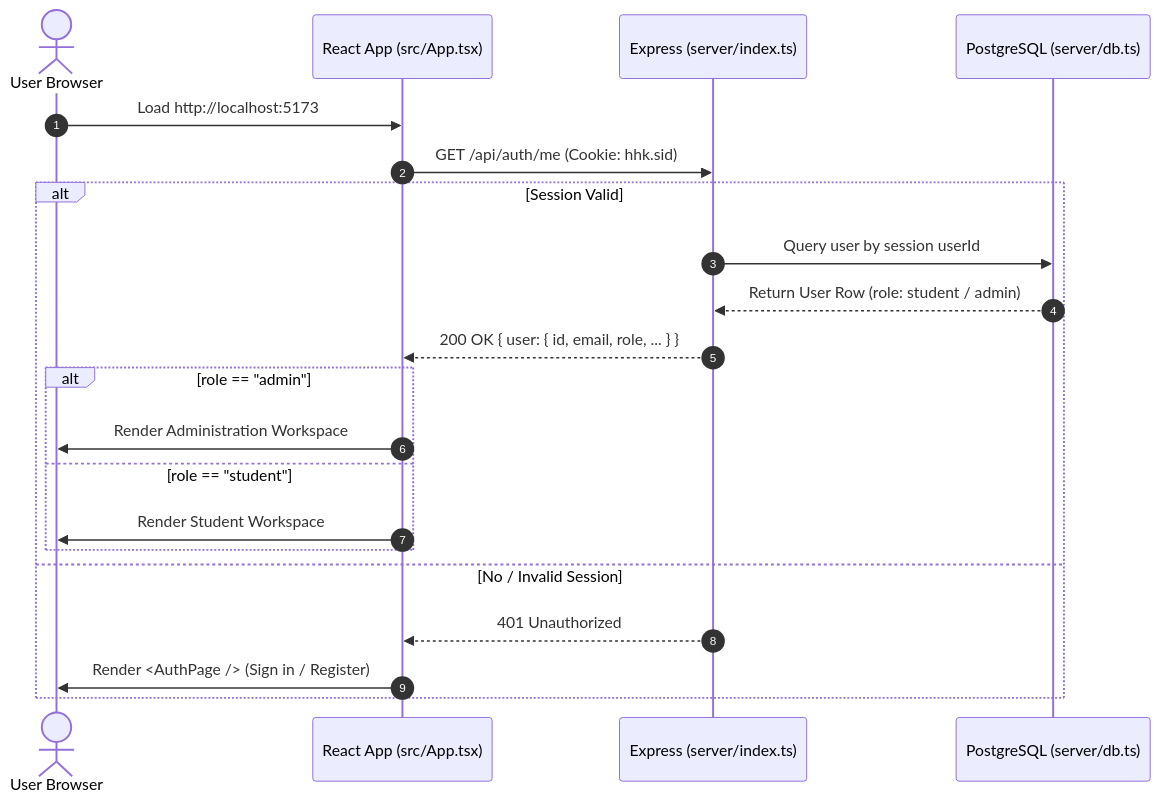
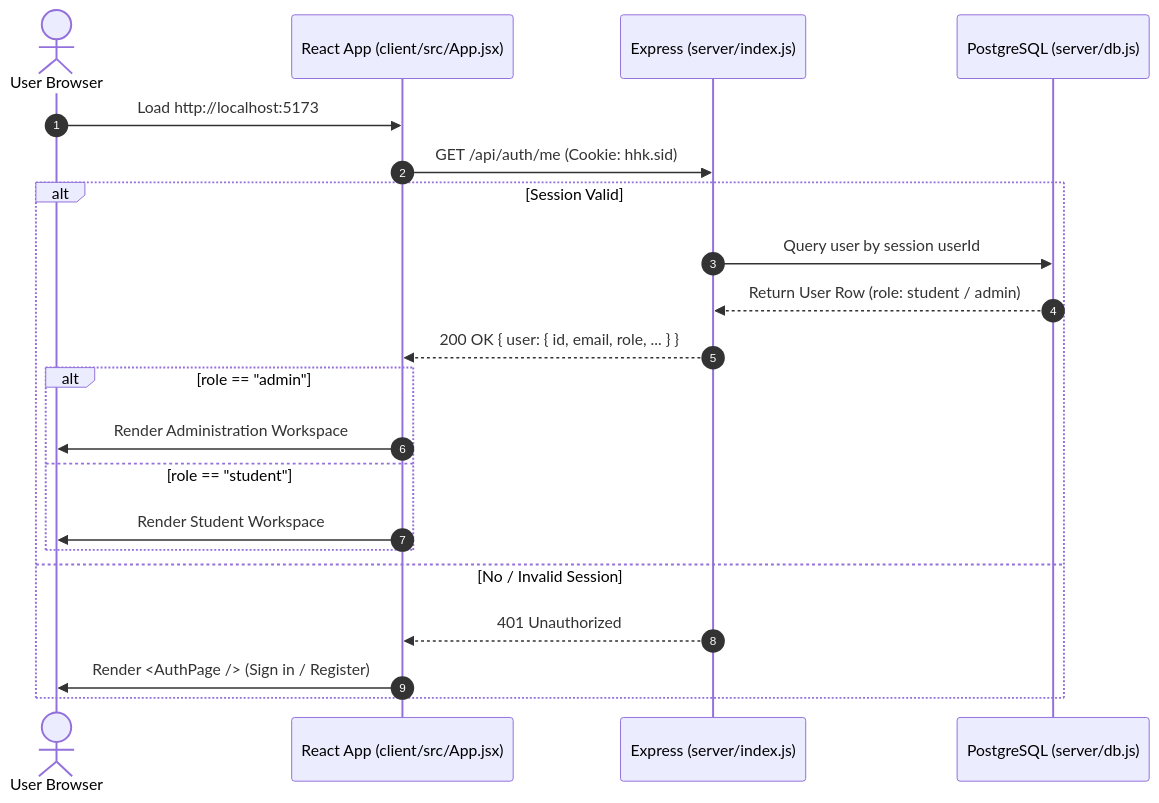
One commit to phoenix-030/Banking-Production- changed the second of 5 diagrams in docs/ARCHITECTURE.md. Above: the diagram before and after it, drawn with Mermaid. The commit also changed other lines of this file and 1 other file, not shown here.

Commit message:
Update README and ARCHITECTURE documentation for new JSX/JS architecture and features

````diff
--- a/docs/ARCHITECTURE.md
+++ b/docs/ARCHITECTURE.md
@@ -77,24 +77,24 @@
 ```mermaid
 sequenceDiagram
     autonumber
     actor Browser as User Browser
-    participant Client as React App (src/App.tsx)
-    participant Server as Express (server/index.ts)
-    participant DB as PostgreSQL (server/db.ts)
+    participant Client as React App (client/src/App.jsx)
+    participant Server as Express (server/index.js)
+    participant DB as PostgreSQL (server/db.js)
 
     Browser->>Client: Load http://localhost:5173
     Client->>Server: GET /api/auth/me (Cookie: hhk.sid)
     alt Session Valid
         Server->>DB: Query user by session userId
         DB-->>Server: Return User Row (role: student / admin)
         Server-->>Client: 200 OK { user: { id, email, role, ... } }
         alt role == "admin"
             Client->>Browser: Render Administration Workspace
         else role == "student"
             Client->>Browser: Render Student Workspace
         end
     else No / Invalid Session
         Server-->>Client: 401 Unauthorized
         Client->>Browser: Render <AuthPage /> (Sign in / Register)
     end
 ```
````
